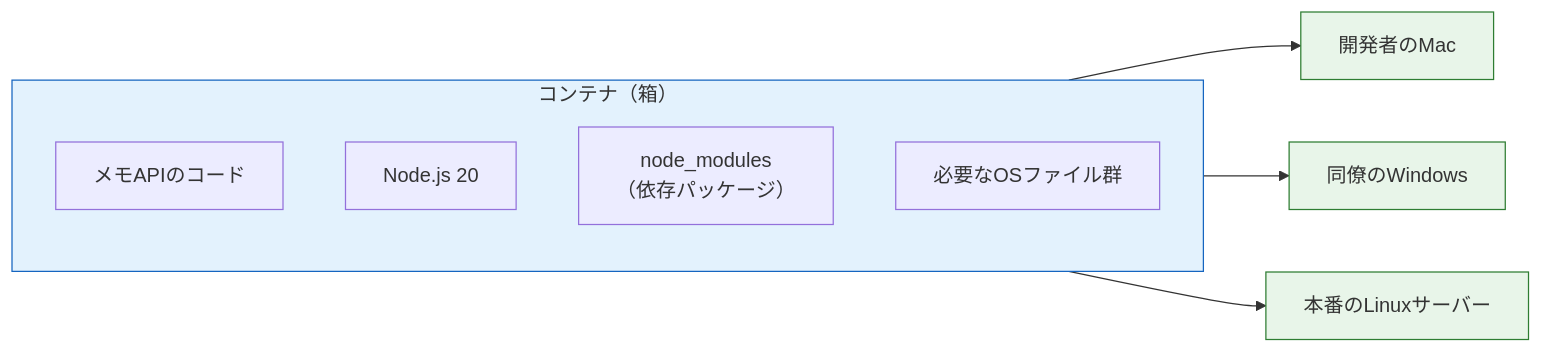
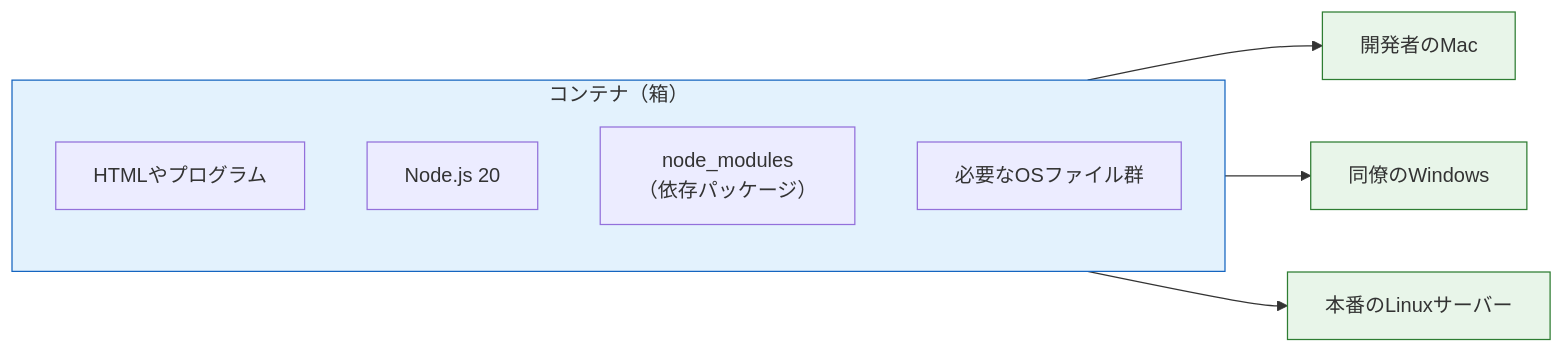
One commit to dik-ab/school-curriculum-platform changed the first of 4 diagrams in cloudflare-site/src/content/docs/docker/what_is_container.md. Above: the diagram before and after it, drawn with Mermaid. The commit also changed other lines of this file, not shown here.

````diff
--- a/cloudflare-site/src/content/docs/docker/what_is_container.md
+++ b/cloudflare-site/src/content/docs/docker/what_is_container.md
@@ -54,16 +54,16 @@
 ```mermaid
 graph LR
     subgraph PKG["コンテナ（箱）"]
-        APP["メモAPIのコード"]
+        APP["HTMLやプログラム"]
         NODE["Node.js 20"]
         DEPS["node_modules<br>（依存パッケージ）"]
         OSF["必要なOSファイル群"]
     end
     PKG --> MAC["開発者のMac"]
     PKG --> WIN["同僚のWindows"]
     PKG --> SRV["本番のLinuxサーバー"]
     style PKG fill:#e3f2fd,stroke:#1565c0
     style MAC fill:#e8f5e9,stroke:#2e7d32
     style WIN fill:#e8f5e9,stroke:#2e7d32
     style SRV fill:#e8f5e9,stroke:#2e7d32
 ```
````
